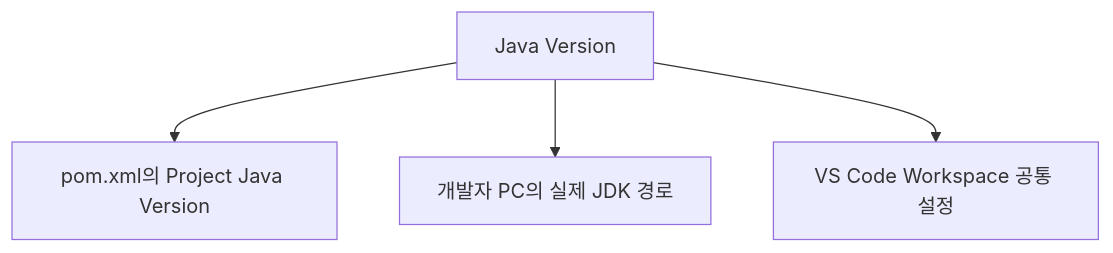
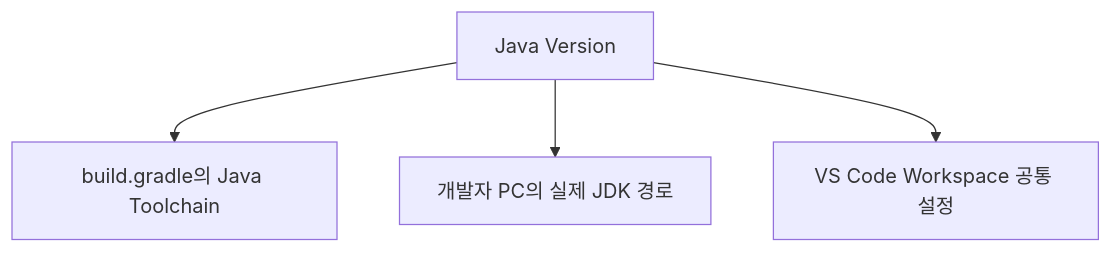
Before and after one commit to Team-Microserver/microserver-docs: the second of 3 diagrams in docs/01_project_start/03_project_creation/project_environment/project_jdk_vscode_setup.md, drawn with Mermaid. The commit also changed other lines of this file and 30 other files, not shown here.

````diff
--- a/docs/01_project_start/03_project_creation/project_environment/project_jdk_vscode_setup.md
+++ b/docs/01_project_start/03_project_creation/project_environment/project_jdk_vscode_setup.md
@@ -53,8 +53,8 @@
 ```mermaid
 flowchart TB
     JAVA[Java Version]
 
-    JAVA --> BUILD[pom.xml의 Project Java Version]
+    JAVA --> BUILD[build.gradle의 Java Toolchain]
     JAVA --> LOCAL[개발자 PC의 실제 JDK 경로]
     JAVA --> IDE[VS Code Workspace 공통 설정]
 ```
````
